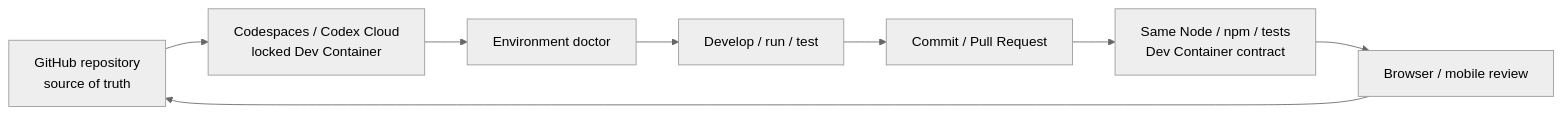
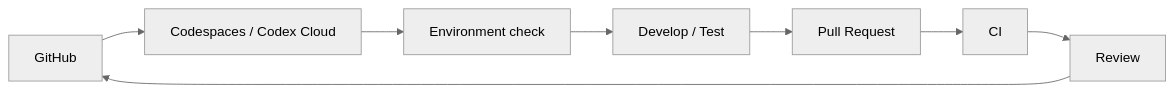
One commit to genellect/compass changed the diagram in README.md. Above: the diagram before and after it, drawn with Mermaid (neutral theme). The commit also changed other lines of this file, not shown here.

````diff
--- a/README.md
+++ b/README.md
@@ -88,10 +96,10 @@
 ```mermaid
 flowchart LR
-    GitHub["GitHub repository\nsource of truth"] --> Workspace["Codespaces / Codex Cloud\nlocked Dev Container"]
-    Workspace --> Doctor["Environment doctor"]
-    Doctor --> Develop["Develop / run / test"]
-    Develop --> PR["Commit / Pull Request"]
-    PR --> CI["Same Node / npm / tests\nDev Container contract"]
-    CI --> Review["Browser / mobile review"]
+    GitHub["GitHub"] --> Workspace["Codespaces / Codex Cloud"]
+    Workspace --> Doctor["Environment check"]
+    Doctor --> Develop["Develop / Test"]
+    Develop --> PR["Pull Request"]
+    PR --> CI["CI"]
+    CI --> Review["Review"]
     Review --> GitHub
 ```
````
